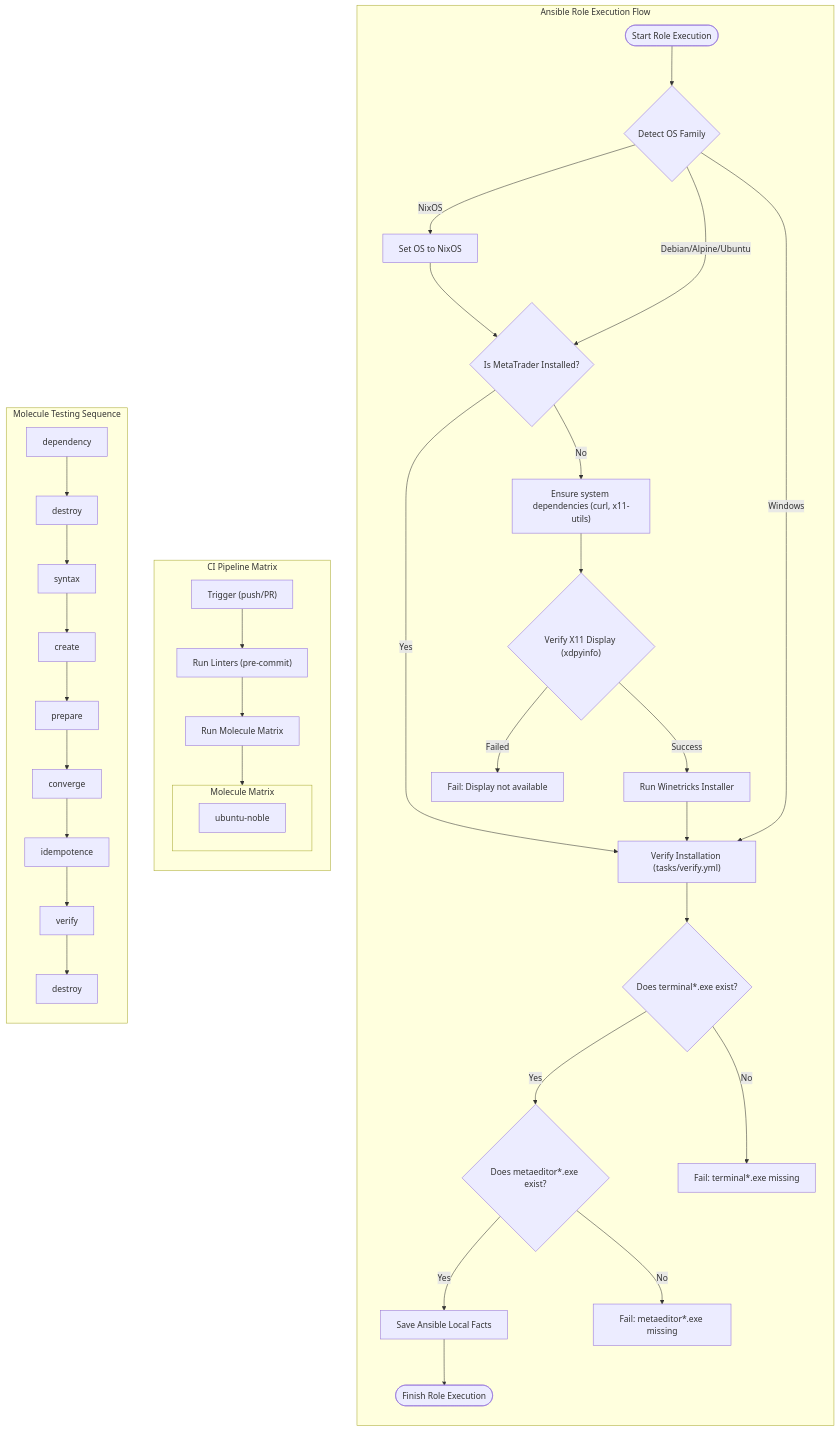
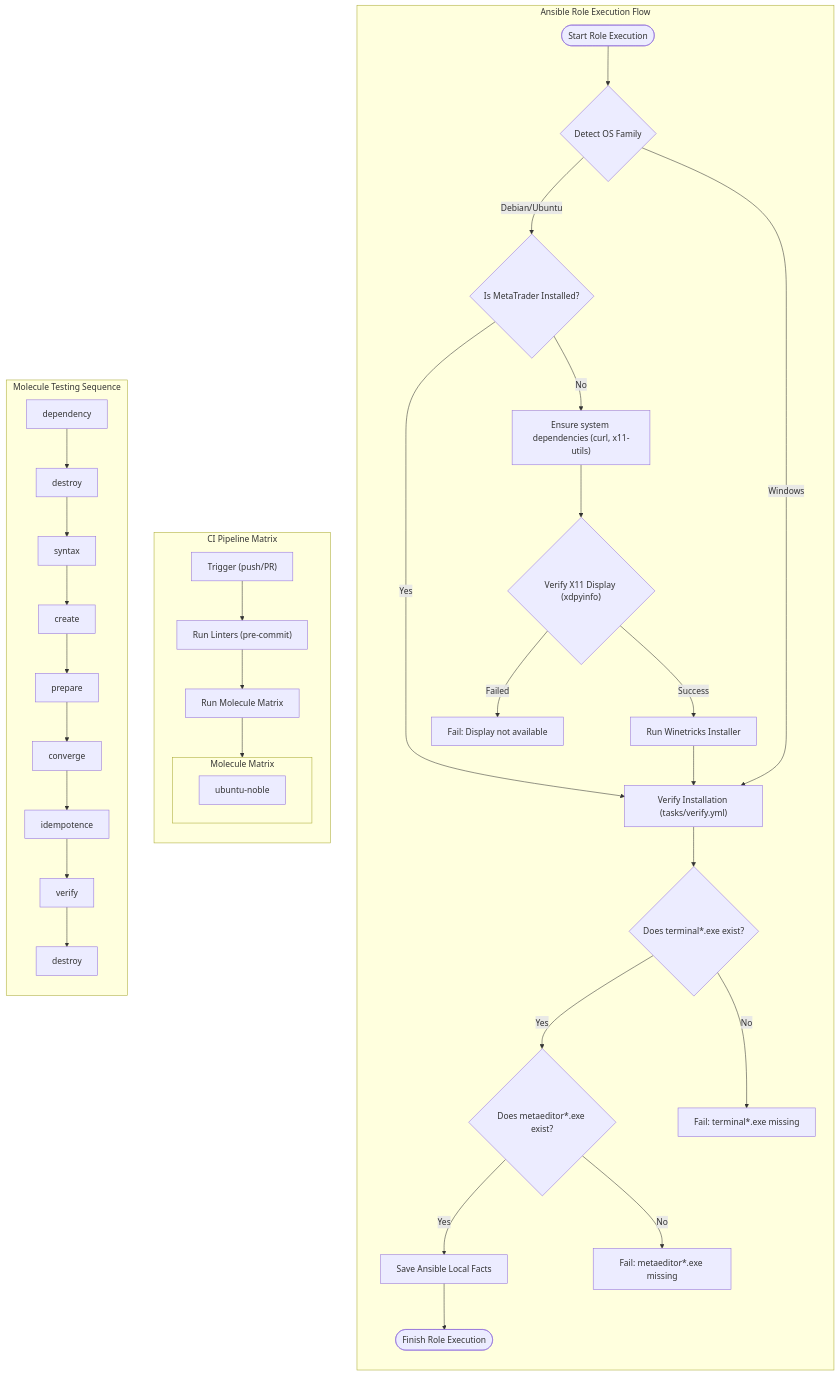
One commit to EA31337/ansible-role-metatrader changed the diagram in docs/FLOWS.mmd. Above: the diagram before and after it, drawn with Mermaid. The commit also changed 23 other files, not shown here.

```diff
--- a/docs/FLOWS.mmd
+++ b/docs/FLOWS.mmd
@@ -1,53 +1,50 @@
 %% docs/FLOWS.mmd
 flowchart TD
     subgraph Ansible_Role_Execution [Ansible Role Execution Flow]
         direction TB
         A([Start Role Execution]) --> B{"Detect OS Family"}
 
-        B -->|NixOS| C["Set OS to NixOS"]
-        B -->|Debian/Alpine/Ubuntu| D{"Is MetaTrader Installed?"}
+        B -->|Debian/Ubuntu| D{"Is MetaTrader Installed?"}
         B -->|Windows| H["Verify Installation (tasks/verify.yml)"]
-
-        C --> D
 
         D -->|Yes| H
         D -->|No| E["Ensure system dependencies (curl, x11-utils)"]
         E --> F{"Verify X11 Display (xdpyinfo)"}
 
         F -->|Failed| F_ERR["Fail: Display not available"]
         F -->|Success| G["Run Winetricks Installer"]
 
         G --> H["Verify Installation (tasks/verify.yml)"]
 
         H --> I{"Does terminal*.exe exist?"}
         I -->|Yes| J{"Does metaeditor*.exe exist?"}
         I -->|No| I_ERR["Fail: terminal*.exe missing"]
 
         J -->|Yes| K["Save Ansible Local Facts"]
         J -->|No| J_ERR["Fail: metaeditor*.exe missing"]
 
         K --> L([Finish Role Execution])
     end
 
     subgraph CI_Pipeline [CI Pipeline Matrix]
         direction TB
         CI1["Trigger (push/PR)"] --> CI2["Run Linters (pre-commit)"]
         CI2 --> CI3["Run Molecule Matrix"]
         subgraph Molecule_Matrix [Molecule Matrix]
             direction LR
             CI4["ubuntu-noble"]
         end
         CI3 --> Molecule_Matrix
     end
 
     subgraph Molecule_Testing_Flow [Molecule Testing Sequence]
         direction TB
         M1["dependency"] --> M2["destroy"]
         M2 --> M3["syntax"]
         M3 --> M4["create"]
         M4 --> M5["prepare"]
         M5 --> M6["converge"]
         M6 --> M7["idempotence"]
         M7 --> M8["verify"]
         M8 --> M9["destroy"]
     end
```
